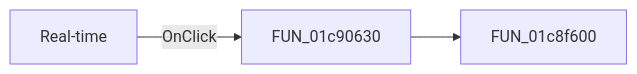
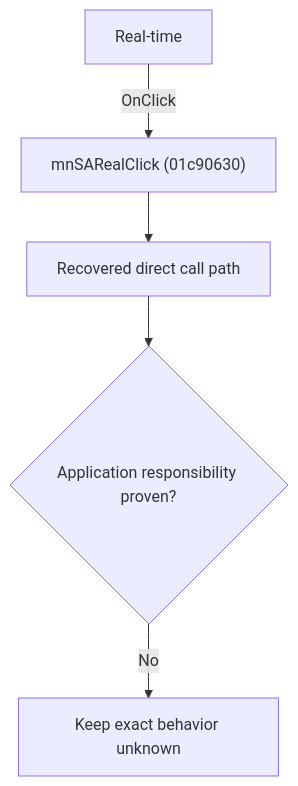
One commit to MovGP0/TIARA changed the diagram in docs/ui-controls/schematiceditor/mnsareal-8e73882604.md. Above: the diagram before and after it, drawn with Mermaid. The commit also changed other lines of this file and 1062 other files, not shown here.

````diff
--- a/docs/ui-controls/schematiceditor/mnsareal-8e73882604.md
+++ b/docs/ui-controls/schematiceditor/mnsareal-8e73882604.md
@@ -27,5 +27,7 @@
 ```mermaid
-flowchart LR
-    control["Real-time"] -->|OnClick| handler["FUN_01c90630"]
-    handler --> call1["FUN_01c8f600"]
+flowchart TD
+    control["Real-time"] -->|"OnClick"| handler["mnSARealClick (01c90630)"]
+    handler --> recovered["Recovered direct call path"]
+    recovered --> gap{"Application responsibility proven?"}
+    gap -->|"No"| blocked["Keep exact behavior unknown"]
 ```
````
